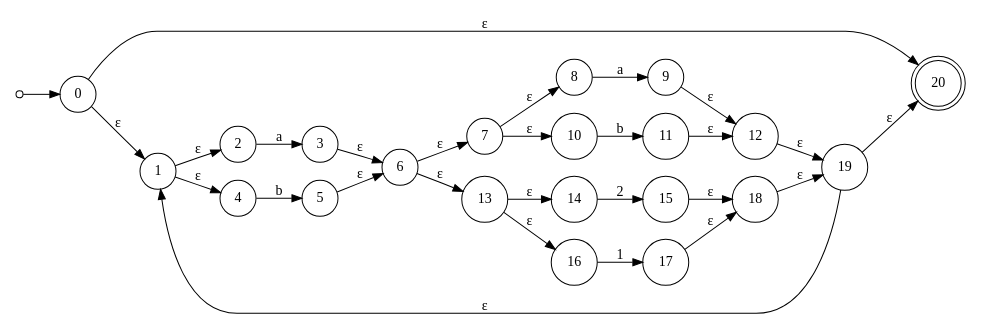
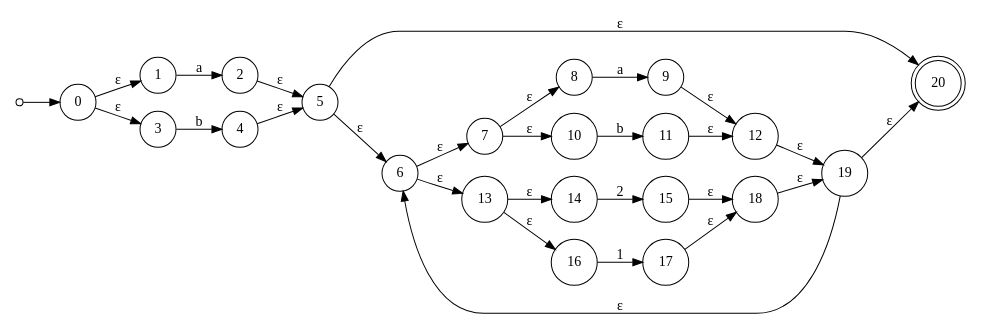
Before and after one commit to EstebanAG1005/LaboratorioC-Lenguajes: the diagram in nfa4.gv, drawn with Graphviz. The commit also changed 7 other files, not shown here.

```diff
--- a/nfa4.gv
+++ b/nfa4.gv
@@ -1,34 +1,34 @@
 digraph {
 	rankdir=LR size="8,5"
 	node [shape=doublecircle]
 	20
 	node [shape=circle]
 	start [label="" height=0.1 width=0.1]
 	start -> 0 [label=""]
 	0 -> 1 [label="ε"]
-	0 -> 20 [label="ε"]
-	1 -> 2 [label="ε"]
-	1 -> 4 [label="ε"]
-	2 -> 3 [label=a]
-	4 -> 5 [label=b]
-	3 -> 6 [label="ε"]
+	0 -> 3 [label="ε"]
+	1 -> 2 [label=a]
+	3 -> 4 [label=b]
+	2 -> 5 [label="ε"]
+	4 -> 5 [label="ε"]
 	5 -> 6 [label="ε"]
+	5 -> 20 [label="ε"]
 	6 -> 7 [label="ε"]
 	6 -> 13 [label="ε"]
 	7 -> 8 [label="ε"]
 	7 -> 10 [label="ε"]
 	8 -> 9 [label=a]
 	10 -> 11 [label=b]
 	9 -> 12 [label="ε"]
 	11 -> 12 [label="ε"]
 	13 -> 14 [label="ε"]
 	13 -> 16 [label="ε"]
 	14 -> 15 [label=2]
 	16 -> 17 [label=1]
 	15 -> 18 [label="ε"]
 	17 -> 18 [label="ε"]
 	12 -> 19 [label="ε"]
 	18 -> 19 [label="ε"]
-	19 -> 1 [label="ε"]
+	19 -> 6 [label="ε"]
 	19 -> 20 [label="ε"]
 }
```
